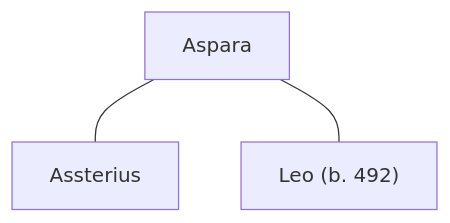
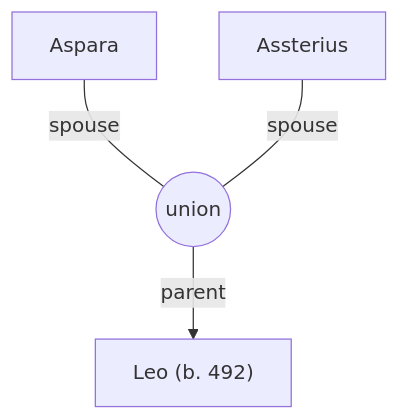
One commit to Illumibatchi/pendragon changed the diagram in content/02 - Characters/Squire Aspara.md. Above: the diagram before and after it, drawn with Mermaid. The commit also changed 41 other files, not shown here.

````diff
--- a/content/02 - Characters/Squire Aspara.md
+++ b/content/02 - Characters/Squire Aspara.md
@@ -16,9 +16,11 @@
 ```mermaid
 %% AUTO-LINEAGE: squire_aspara
 flowchart TB
   p["Aspara"]
   sp1["Assterius"]
-  p --- sp1
+  u_spouse1(("union"))
+  p ---|spouse| u_spouse1
+  sp1 ---|spouse| u_spouse1
   c1["Leo (b. 492)"]
-  p --- c1
+  u_spouse1 -->|parent| c1
 ```
````
